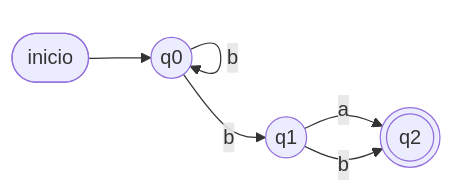
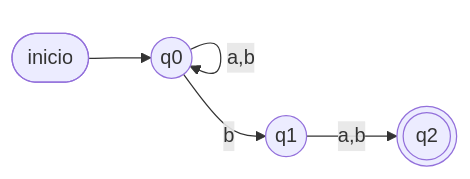
The second of 5 diagrams in ejercicios/ejercicios.md (yhwachoo/Grafos), drawn with Mermaid before and after one commit. The commit also changed other lines of this file and 6 other files, not shown here.

First line of the commit message:
Corrige diagramas con lazos superpuestos (etiquetas que no se veían)

````diff
--- a/ejercicios/ejercicios.md
+++ b/ejercicios/ejercicios.md
@@ -140,12 +140,10 @@
 ```mermaid
 graph LR
     ini([inicio]) --> q0
     q0((q0))
     q1((q1))
     q2(((q2)))
-    q0 -->|a| q0
-    q0 -->|b| q0
+    q0 -->|"a,b"| q0
     q0 -->|b| q1
-    q1 -->|a| q2
-    q1 -->|b| q2
+    q1 -->|"a,b"| q2
 ```
````
